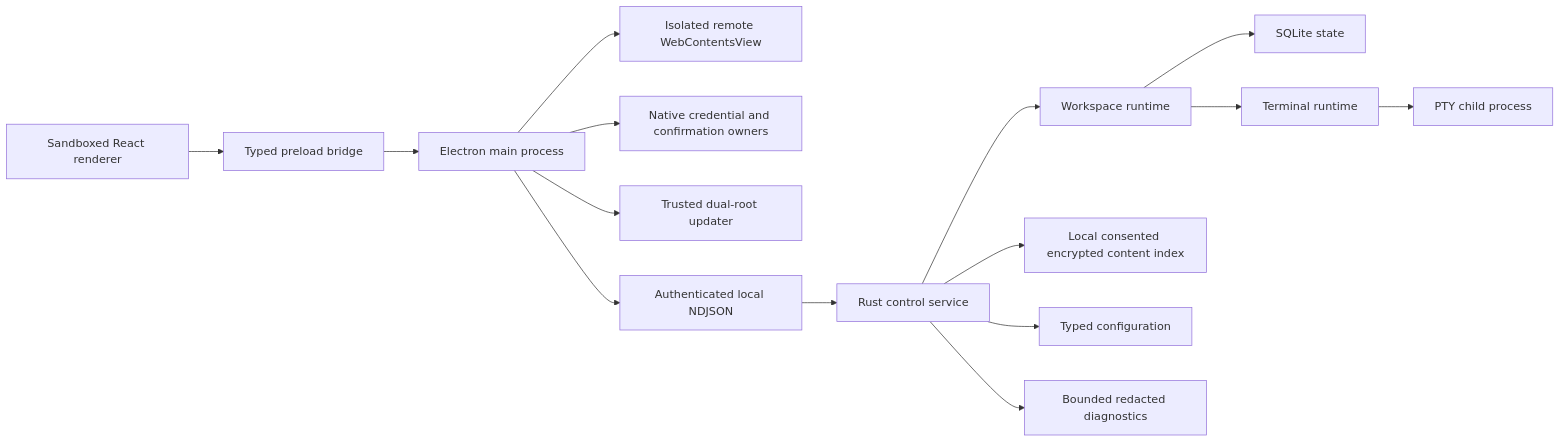
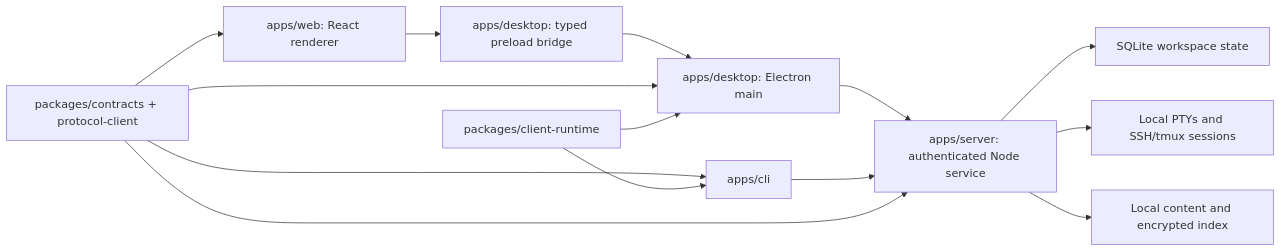
Before and after one commit to nassimna/cmux-linux-alternative: the diagram in docs/ARCHITECTURE.md, drawn with Mermaid. The commit also changed other lines of this file and 620 other files, not shown here.

Commit message:
feat(desktop): replace Rust backend with Node and TypeScript

````diff
--- a/docs/ARCHITECTURE.md
+++ b/docs/ARCHITECTURE.md
@@ -11,17 +5,16 @@
 ```mermaid
 flowchart LR
-    UI["Sandboxed React renderer"] --> Bridge["Typed preload bridge"]
-    Bridge --> Main["Electron main process"]
-    Main --> Browser["Isolated remote WebContentsView"]
-    Main --> Secrets["Native credential and confirmation owners"]
-    Main --> Updater["Trusted dual-root updater"]
-    Main --> Protocol["Authenticated local NDJSON"]
-    Protocol --> Service["Rust control service"]
-    Service --> Workspace["Workspace runtime"]
-    Workspace --> Store["SQLite state"]
-    Service --> Index["Local consented encrypted content index"]
-    Service --> Config["Typed configuration"]
-    Service --> Logs["Bounded redacted diagnostics"]
-    Workspace --> Runtime["Terminal runtime"]
-    Runtime --> PTY["PTY child process"]
+    Web["apps/web: React renderer"] --> Preload["apps/desktop: typed preload bridge"]
+    Preload --> Main["apps/desktop: Electron main"]
+    Main --> API["apps/server: authenticated Node service"]
+    CLI["apps/cli"] --> API
+    API --> State["SQLite workspace state"]
+    API --> PTY["Local PTYs and SSH/tmux sessions"]
+    API --> Content["Local content and encrypted index"]
+    Contracts["packages/contracts + protocol-client"] --> Web
+    Contracts --> Main
+    Contracts --> API
+    Contracts --> CLI
+    Client["packages/client-runtime"] --> Main
+    Client --> CLI
 ```
````
